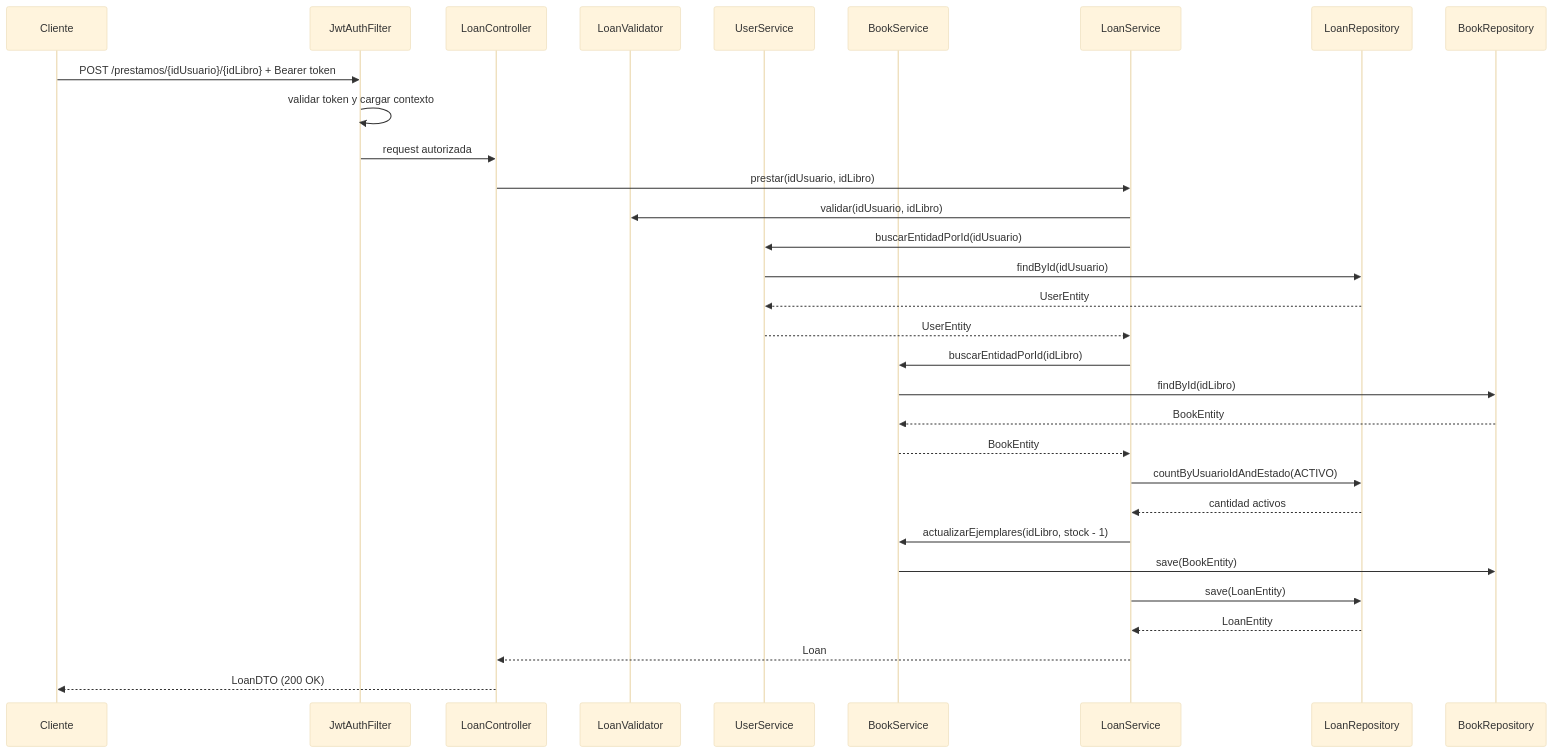
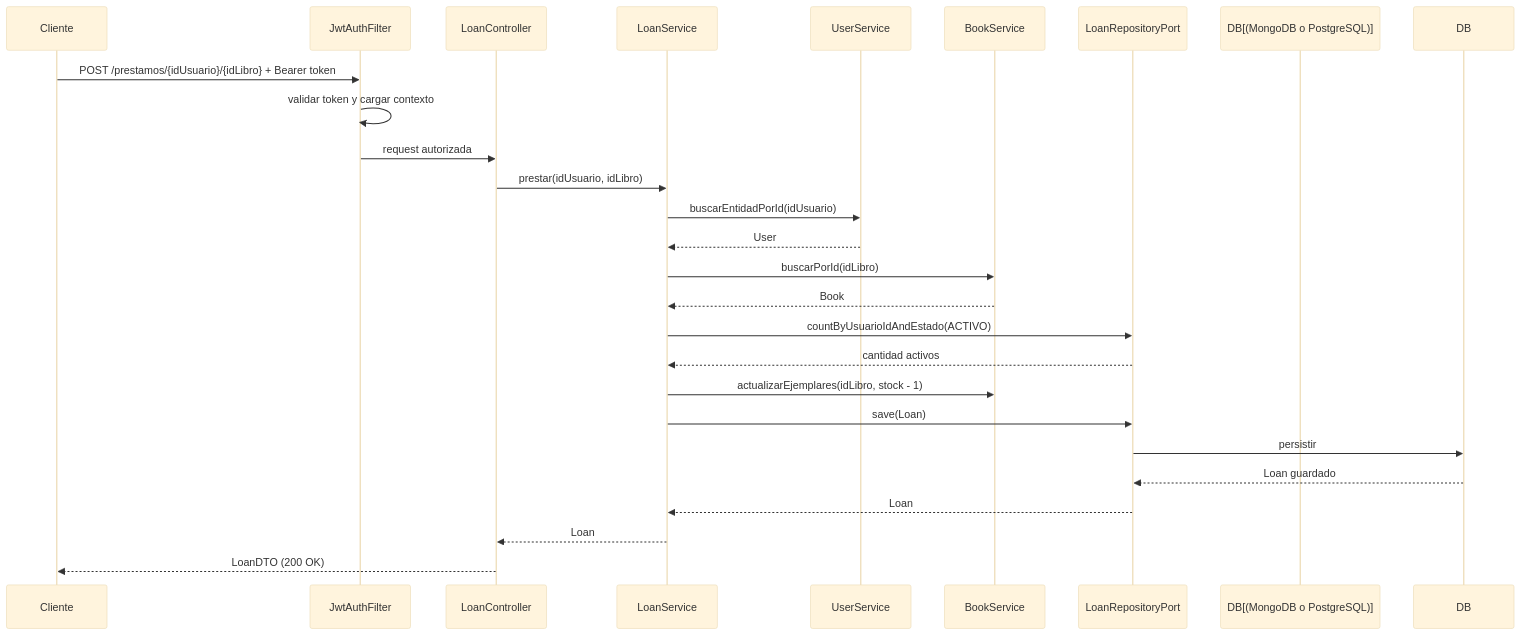
One commit to nicoparrado123/-DOSW-Library changed the third of 5 diagrams in README.md. Above: the diagram before and after it, drawn with Mermaid (base theme). The commit also changed other lines of this file, not shown here.

Commit message:
docs: actualizar diagramas con arquitectura de perfiles y repositorios port

````diff
--- a/README.md
+++ b/README.md
@@ -59,34 +61,29 @@
 ```mermaid
 sequenceDiagram
     participant Cliente
     participant JwtAuthFilter
     participant LoanController
-    participant LoanValidator
+    participant LoanService
     participant UserService
     participant BookService
-    participant LoanService
-    participant LoanRepository
-    participant BookRepository
+    participant LoanRepositoryPort
+    participant DB[(MongoDB o PostgreSQL)]
 
     Cliente->>JwtAuthFilter: POST /prestamos/{idUsuario}/{idLibro} + Bearer token
     JwtAuthFilter->>JwtAuthFilter: validar token y cargar contexto
     JwtAuthFilter->>LoanController: request autorizada
     LoanController->>LoanService: prestar(idUsuario, idLibro)
-    LoanService->>LoanValidator: validar(idUsuario, idLibro)
     LoanService->>UserService: buscarEntidadPorId(idUsuario)
-    UserService->>LoanRepository: findById(idUsuario)
-    LoanRepository-->>UserService: UserEntity
-    UserService-->>LoanService: UserEntity
-    LoanService->>BookService: buscarEntidadPorId(idLibro)
-    BookService->>BookRepository: findById(idLibro)
-    BookRepository-->>BookService: BookEntity
-    BookService-->>LoanService: BookEntity
-    LoanService->>LoanRepository: countByUsuarioIdAndEstado(ACTIVO)
-    LoanRepository-->>LoanService: cantidad activos
+    UserService-->>LoanService: User
+    LoanService->>BookService: buscarPorId(idLibro)
+    BookService-->>LoanService: Book
+    LoanService->>LoanRepositoryPort: countByUsuarioIdAndEstado(ACTIVO)
+    LoanRepositoryPort-->>LoanService: cantidad activos
     LoanService->>BookService: actualizarEjemplares(idLibro, stock - 1)
-    BookService->>BookRepository: save(BookEntity)
-    LoanService->>LoanRepository: save(LoanEntity)
-    LoanRepository-->>LoanService: LoanEntity
+    LoanService->>LoanRepositoryPort: save(Loan)
+    LoanRepositoryPort->>DB: persistir
+    DB-->>LoanRepositoryPort: Loan guardado
+    LoanRepositoryPort-->>LoanService: Loan
     LoanService-->>LoanController: Loan
     LoanController-->>Cliente: LoanDTO (200 OK)
 ```
````
